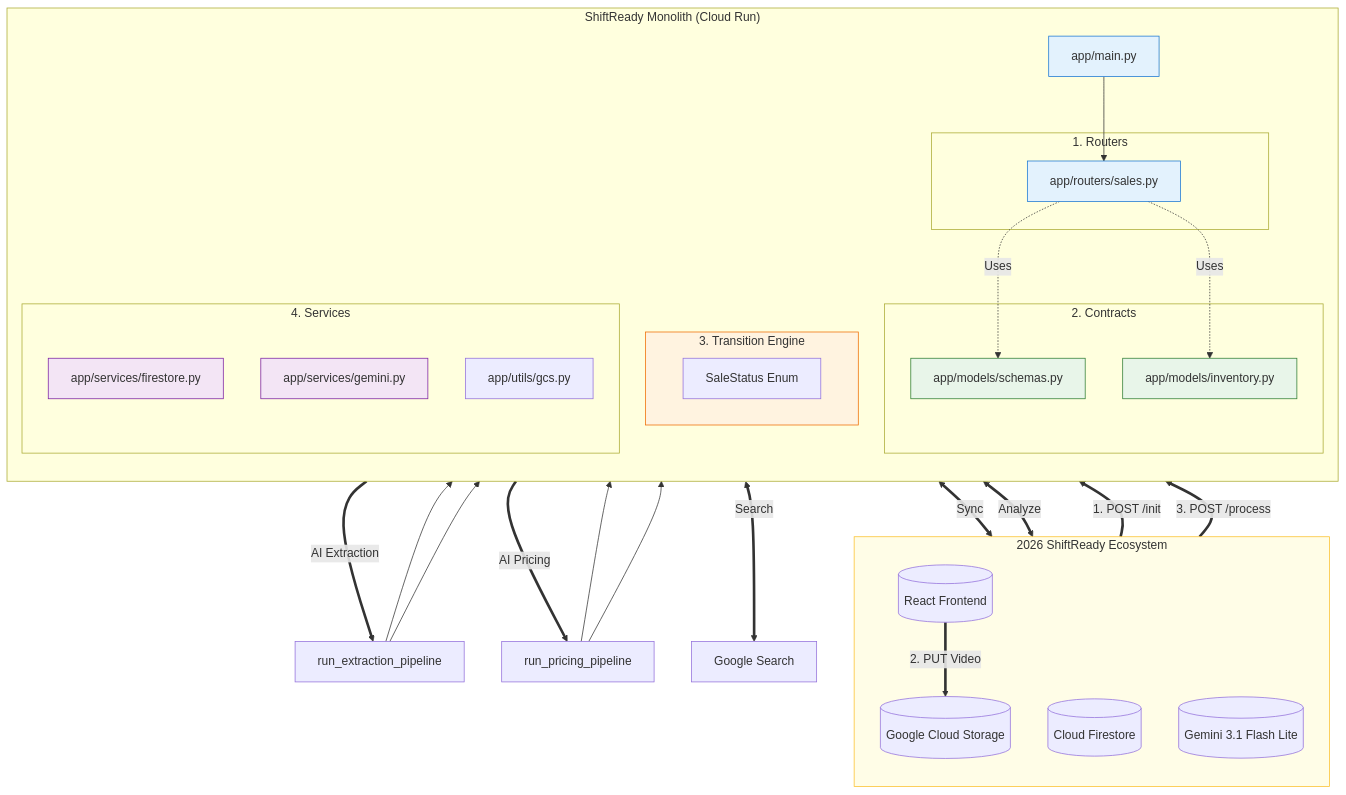
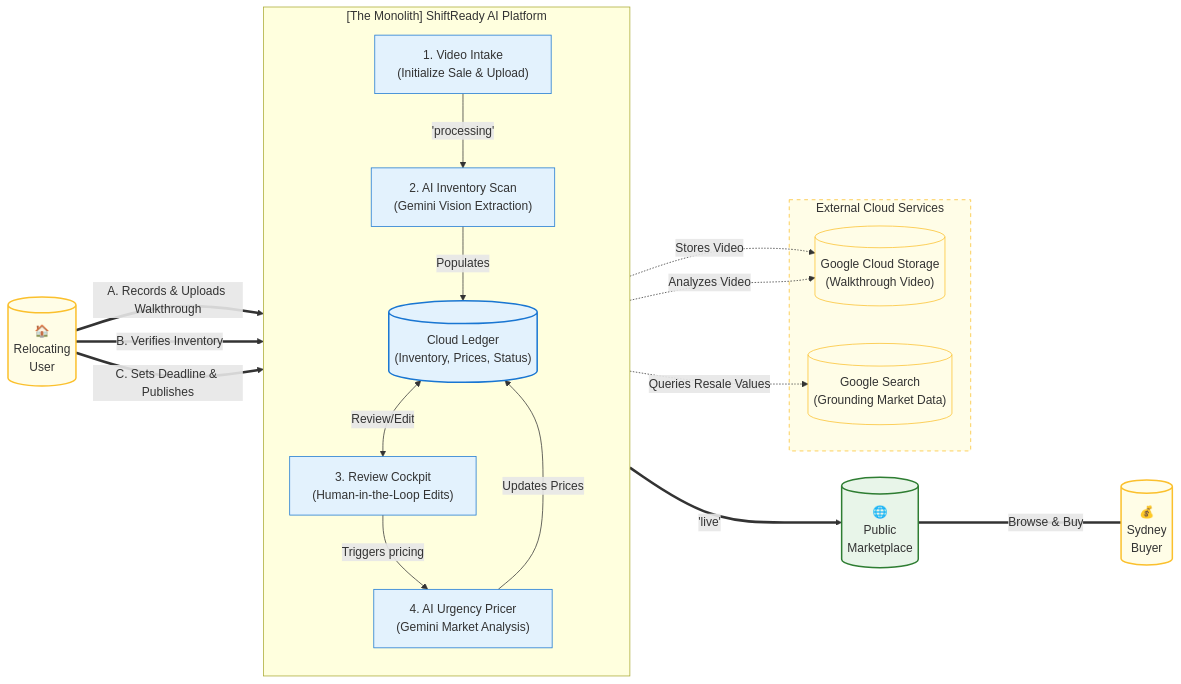
Before and after one commit to ajayaradhya/shiftready-backend: the diagram in README.md, drawn with Mermaid.

Commit message:
Updated mermaid

````diff
--- a/README.md
+++ b/README.md
@@ -36,67 +36,62 @@
 ```mermaid
-graph TD
-    %% --- EXTERNAL ACTORS & SERVICES ---
-    subgraph External["2026 ShiftReady Ecosystem"]
+graph LR
+    %% --- ACTORS ---
+    User[("🏠<br/>Relocating<br/>User")]
+    Buyer[("💰<br/>Sydney<br/>Buyer")]
+
+    %% --- THE CORE SYSTEM ---
+    subgraph System["[The Monolith] ShiftReady AI Platform"]
         direction TB
-        FE[("React Frontend")]
-        GCS[("Google Cloud Storage")]
-        Firestore[("Cloud Firestore")]
-        Vertex[("Gemini 3.1 Flash Lite")]
+        
+        Intake["1. Video Intake<br/>(Initialize Sale & Upload)"]
+        Scanner["2. AI Inventory Scan<br/>(Gemini Vision Extraction)"]
+        Cockpit["3. Review Cockpit<br/>(Human-in-the-Loop Edits)"]
+        Pricer["4. AI Urgency Pricer<br/>(Gemini Market Analysis)"]
+        LiveDB[("Cloud Ledger<br/>(Inventory, Prices, Status)")]
+        
+        %% Internal System Flows
+        Intake -->|'processing'| Scanner
+        Scanner -->|Populates| LiveDB
+        LiveDB <-->|Review/Edit| Cockpit
+        Cockpit -->|Triggers pricing| Pricer
+        Pricer -->|Updates Prices| LiveDB
     end
 
-    %% --- THE MONOLITH ---
-    subgraph Monolith["ShiftReady Monolith (Cloud Run)"]
-        direction TB
-        Main["app/main.py"]
-
-        subgraph Interface["1. Routers"]
-            SR["app/routers/sales.py"]
-        end
-
-        subgraph Models["2. Contracts"]
-            Schemas["app/models/schemas.py"]
-            InvModels["app/models/inventory.py"]
-        end
-
-        subgraph StateMachine["3. Transition Engine"]
-            StatusEnums["SaleStatus Enum"]
-        end
-
-        subgraph Services["4. Services"]
-            FS_Svc["app/services/firestore.py"]
-            Gem_Svc["app/services/gemini.py"]
-            GCS_Util["app/utils/gcs.py"]
-        end
+    %% --- EXTERNAL DEPENDENCIES ---
+    subgraph Cloud["External Cloud Services"]
+        VideoStore[("Google Cloud Storage<br/>(Walkthrough Video)")]
+        GSearch[("Google Search<br/>(Grounding Market Data)")]
     end
 
-    %% --- FLOWS ---
-    FE == "1. POST /init" ==> Main
-    Main --> SR
-    FE == "2. PUT Video" ==> GCS
-    FE == "3. POST /process" ==> SR
+    %% --- USER FLOWS ---
+    User == "A. Records & Uploads Walkthrough" ==> Intake
+    Intake -. "Stores Video" .-> VideoStore
+    Scanner -. "Analyzes Video" .-> VideoStore
+    User == "B. Verifies Inventory" ==> Cockpit
+    User == "C. Sets Deadline & Publishes" ==> Cockpit
     
-    SR -. "Uses" .-> Schemas
-    SR -. "Uses" .-> InvModels
+    %% AI Grounding Flow
+    Pricer -. "Queries Resale Values" .-> GSearch
 
-    SR == "AI Extraction" ==> E_Pipe["run_extraction_pipeline"]
-    E_Pipe --> Gem_Svc
-    E_Pipe --> FS_Svc
-
-    SR == "AI Pricing" ==> P_Pipe["run_pricing_pipeline"]
-    P_Pipe --> Gem_Svc
-    P_Pipe --> FS_Svc
-
-    FS_Svc <== "Sync" ==> Firestore
-    Gem_Svc <== "Analyze" ==> Vertex
-    Gem_Svc <== "Search" ==> GoogleSearch["Google Search"]
+    %% Final Output
+    LiveDB ==>|'live'| Marketplace[("🌐<br/>Public<br/>Marketplace")]
+    Marketplace ====|"Browse & Buy"| Buyer
 
     %% --- STYLING ---
-    style Main fill:#E3F2FD,stroke:#1976D2
-    style SR fill:#E3F2FD,stroke:#1976D2
-    style Schemas fill:#E8F5E9,stroke:#2E7D32
-    style InvModels fill:#E8F5E9,stroke:#2E7D32
-    style FS_Svc fill:#F3E5F5,stroke:#7B1FA2
-    style Gem_Svc fill:#F3E5F5,stroke:#7B1FA2
-    style StateMachine fill:#FFF3E0,stroke:#EF6C00
-    style External fill:#FFFDE7,stroke:#FBC02D
+    %% Client/External (Yellow)
+    style User fill:#FFFDE7,stroke:#FBC02D,stroke-width:2px;
+    style Buyer fill:#FFFDE7,stroke:#FBC02D,stroke-width:2px;
+    style Cloud fill:#FFFDE7,stroke:#FBC02D,stroke-width:1px,stroke-dasharray: 5 5;
+    style VideoStore fill:#FFFDE7,stroke:#FBC02D,stroke-width:1px;
+    style GSearch fill:#FFFDE7,stroke:#FBC02D,stroke-width:1px;
+    
+    %% Core System Components (Blue)
+    style Intake fill:#E3F2FD,stroke:#1976D2,stroke-width:1px;
+    style Scanner fill:#E3F2FD,stroke:#1976D2,stroke-width:1px;
+    style Cockpit fill:#E3F2FD,stroke:#1976D2,stroke-width:1px;
+    style Pricer fill:#E3F2FD,stroke:#1976D2,stroke-width:1px;
+    style LiveDB fill:#E3F2FD,stroke:#1976D2,stroke-width:2px;
+    
+    %% Marketplace (Green)
+    style Marketplace fill:#E8F5E9,stroke:#2E7D32,stroke-width:2px;
 ```
````
